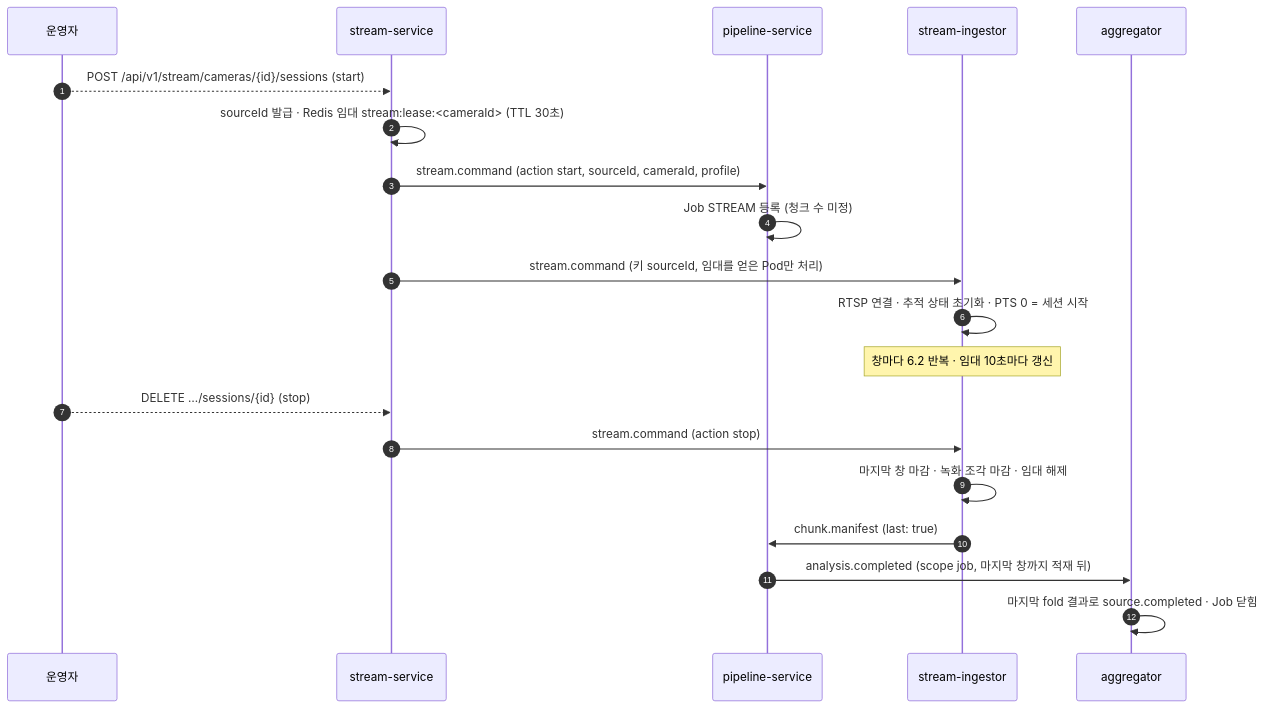
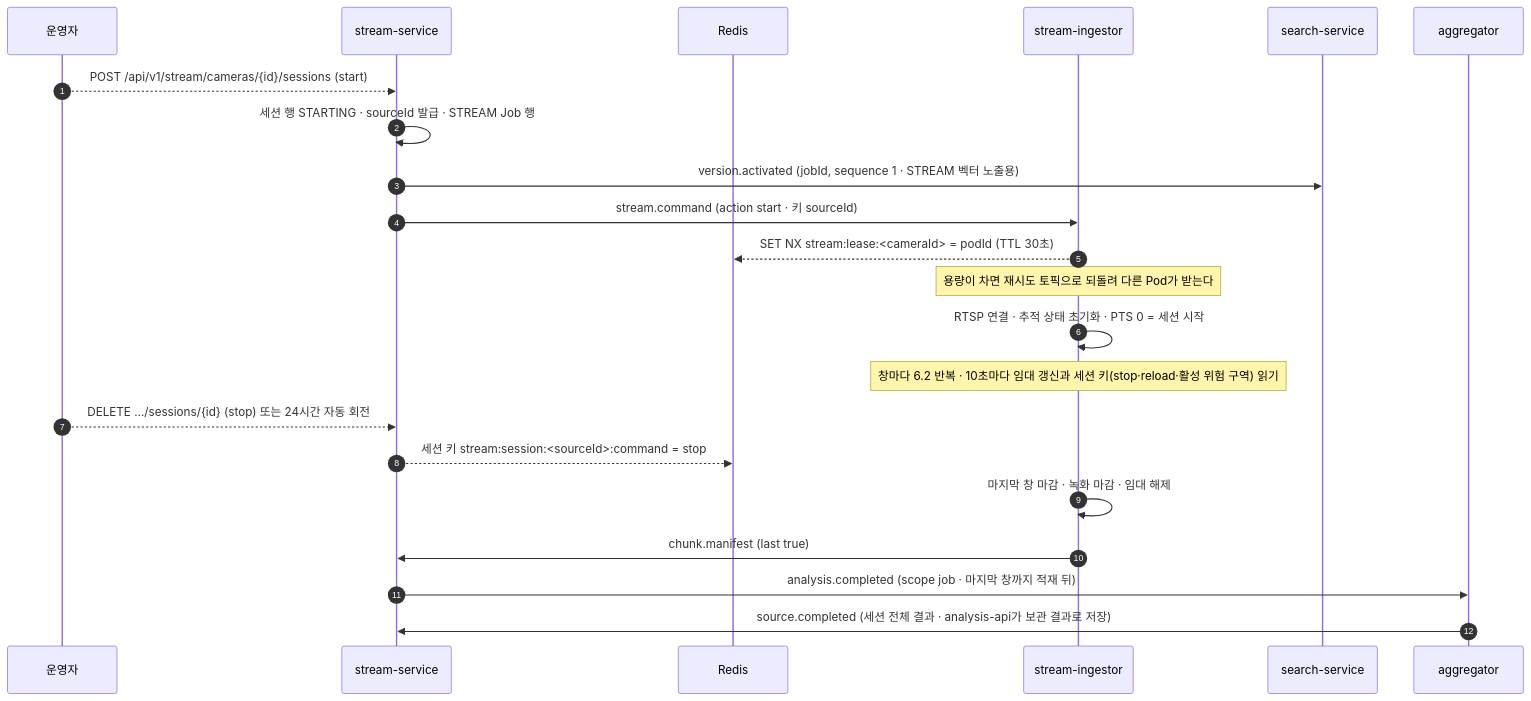
Before and after one commit to p5-3-final/docs: the fourth of 11 diagrams in docs/architecture/architecture.md, drawn with Mermaid. The commit also changed other lines of this file and 9 other files, not shown here.

First line of the commit message:
docs(architecture): v5.1 재검토 반영과 ADR-0015~0017 추가

````diff
--- a/docs/architecture/architecture.md
+++ b/docs/architecture/architecture.md
@@ -277,23 +278,25 @@
 ```mermaid
 sequenceDiagram
   autonumber
   participant OP as 운영자
   participant SS as stream-service
-  participant PL as pipeline-service
+  participant R as Redis
   participant IG as stream-ingestor
+  participant SE as search-service
   participant AG as aggregator
 
   OP-->>SS: POST /api/v1/stream/cameras/{id}/sessions (start)
-  SS->>SS: sourceId 발급 · Redis 임대 stream:lease:<cameraId> (TTL 30초)
-  SS->>PL: stream.command (action start, sourceId, cameraId, profile)
-  PL->>PL: Job STREAM 등록 (청크 수 미정)
-  SS->>IG: stream.command (키 sourceId, 임대를 얻은 Pod만 처리)
+  SS->>SS: 세션 행 STARTING · sourceId 발급 · STREAM Job 행
+  SS->>SE: version.activated (jobId, sequence 1 · STREAM 벡터 노출용)
+  SS->>IG: stream.command (action start · 키 sourceId)
+  IG-->>R: SET NX stream:lease:<cameraId> = podId (TTL 30초)
+  Note over IG: 용량이 차면 재시도 토픽으로 되돌려 다른 Pod가 받는다
   IG->>IG: RTSP 연결 · 추적 상태 초기화 · PTS 0 = 세션 시작
-  Note over IG: 창마다 6.2 반복 · 임대 10초마다 갱신
-  OP-->>SS: DELETE …/sessions/{id} (stop)
-  SS->>IG: stream.command (action stop)
-  IG->>IG: 마지막 창 마감 · 녹화 조각 마감 · 임대 해제
-  IG->>PL: chunk.manifest (last: true)
-  PL->>AG: analysis.completed (scope job, 마지막 창까지 적재 뒤)
-  AG->>AG: 마지막 fold 결과로 source.completed · Job 닫힘
+  Note over IG: 창마다 6.2 반복 · 10초마다 임대 갱신과 세션 키(stop·reload·활성 위험 구역) 읽기
+  OP-->>SS: DELETE …/sessions/{id} (stop) 또는 24시간 자동 회전
+  SS-->>R: 세션 키 stream:session:<sourceId>:command = stop
+  IG->>IG: 마지막 창 마감 · 녹화 마감 · 임대 해제
+  IG->>SS: chunk.manifest (last true)
+  SS->>AG: analysis.completed (scope job · 마지막 창까지 적재 뒤)
+  AG->>SS: source.completed (세션 전체 결과 · analysis-api가 보관 결과로 저장)
 ```
````
